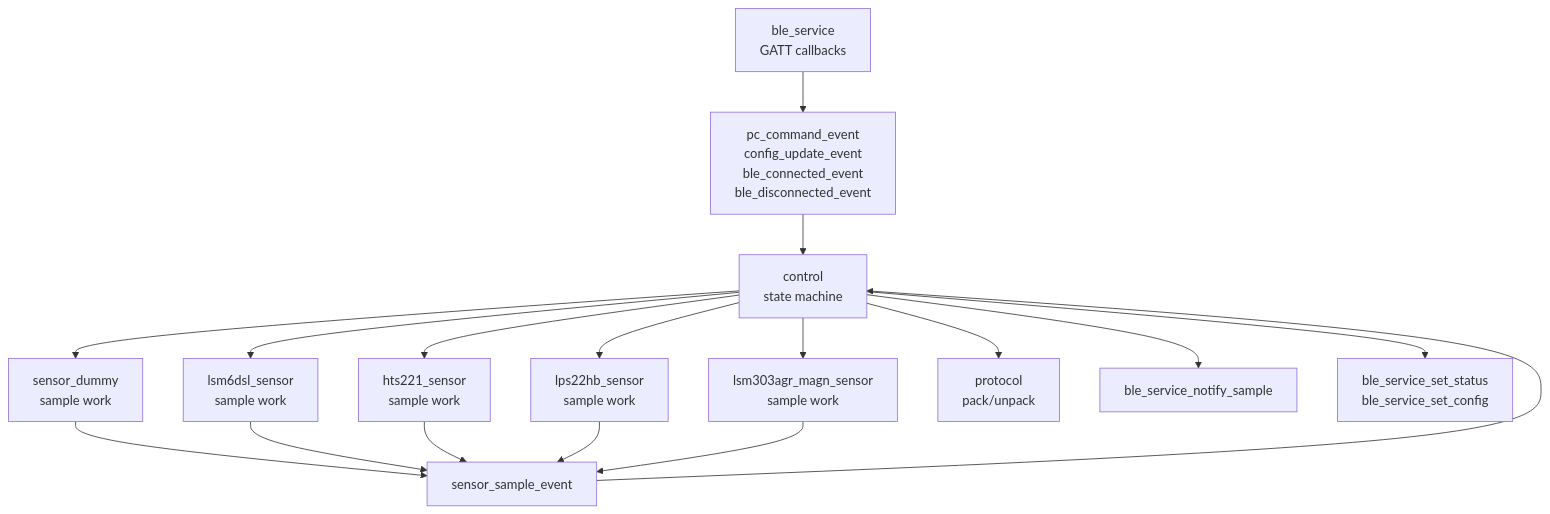
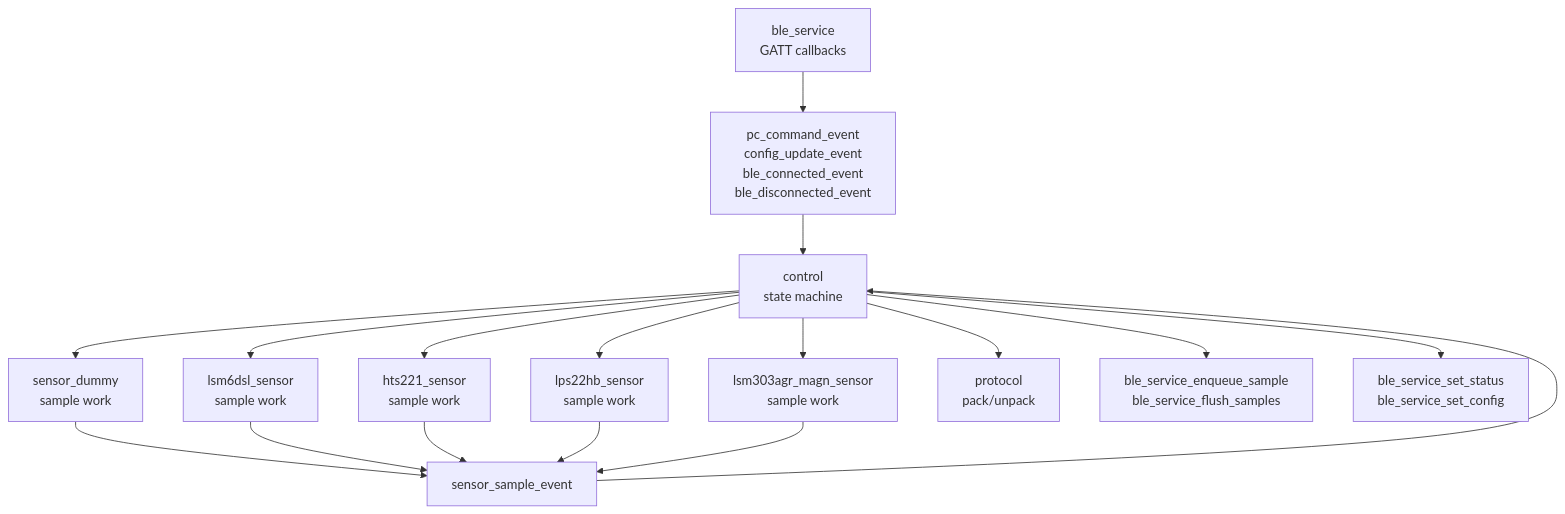
The first of 4 diagrams in docs/design/firmware_design.md (ty103/ble_sensor_logger), drawn with Mermaid before and after one commit. The commit also changed other lines of this file and 23 other files, not shown here.

````diff
--- a/docs/design/firmware_design.md
+++ b/docs/design/firmware_design.md
@@ -88,32 +88,32 @@
 ```mermaid
 flowchart TB
     BLECB["ble_service<br>GATT callbacks"]
     ControlEvent["pc_command_event<br>config_update_event<br>ble_connected_event<br>ble_disconnected_event"]
     Control["control<br>state machine"]
     Dummy["sensor_dummy<br>sample work"]
     IMU["lsm6dsl_sensor<br>sample work"]
     Env["hts221_sensor<br>sample work"]
     Pressure["lps22hb_sensor<br>sample work"]
     Mag["lsm303agr_magn_sensor<br>sample work"]
     SampleEvent["sensor_sample_event"]
     Protocol["protocol<br>pack/unpack"]
-    Notify["ble_service_notify_sample"]
+    Notify["ble_service_enqueue_sample<br>ble_service_flush_samples"]
     Status["ble_service_set_status<br>ble_service_set_config"]
 
     BLECB --> ControlEvent
     ControlEvent --> Control
     Control --> Dummy
     Control --> IMU
     Control --> Env
     Control --> Pressure
     Control --> Mag
     Dummy --> SampleEvent
     IMU --> SampleEvent
     Env --> SampleEvent
     Pressure --> SampleEvent
     Mag --> SampleEvent
     SampleEvent --> Control
     Control --> Protocol
     Control --> Notify
     Control --> Status
 ```
````
